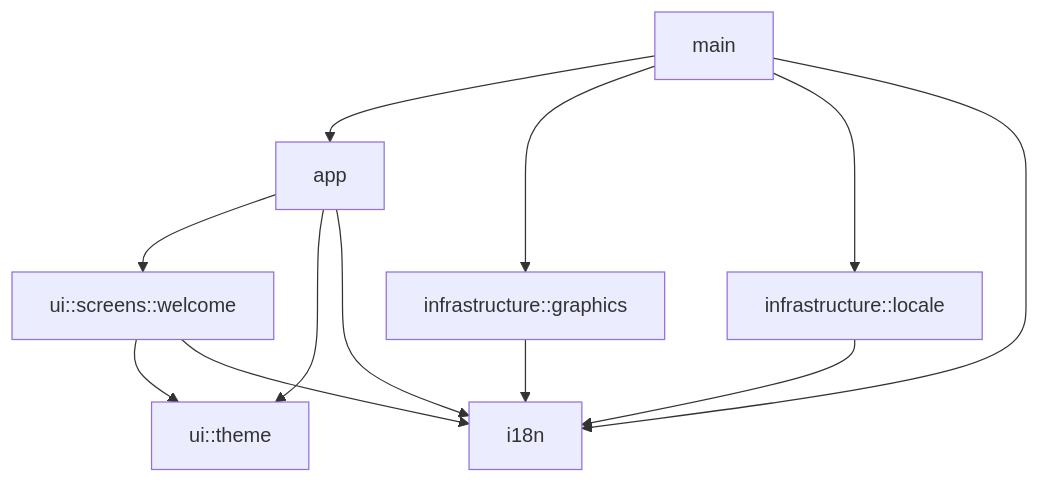
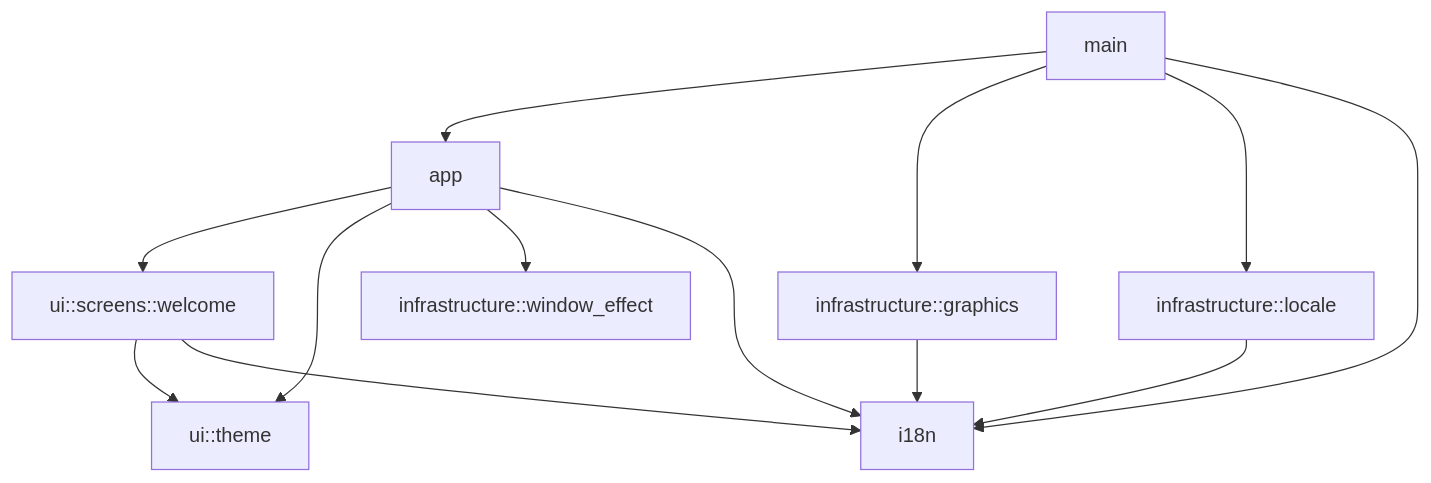
The diagram in docs/architecture.md (adametsderschopfer/lig), drawn with Mermaid before and after one commit. The commit also changed other lines of this file and 16 other files, not shown here.

````diff
--- a/docs/architecture.md
+++ b/docs/architecture.md
@@ -49,14 +51,15 @@
 ```mermaid
 flowchart TD
     Main[main] --> App[app]
     Main --> Graphics[infrastructure::graphics]
     Main --> Locale[infrastructure::locale]
     Main --> I18n[i18n]
     App --> Welcome[ui::screens::welcome]
     App --> Theme[ui::theme]
+    App --> WindowEffect[infrastructure::window_effect]
     App --> I18n
     Welcome --> Theme
     Welcome --> I18n
     Locale --> I18n
     Graphics --> I18n
 ```
````
